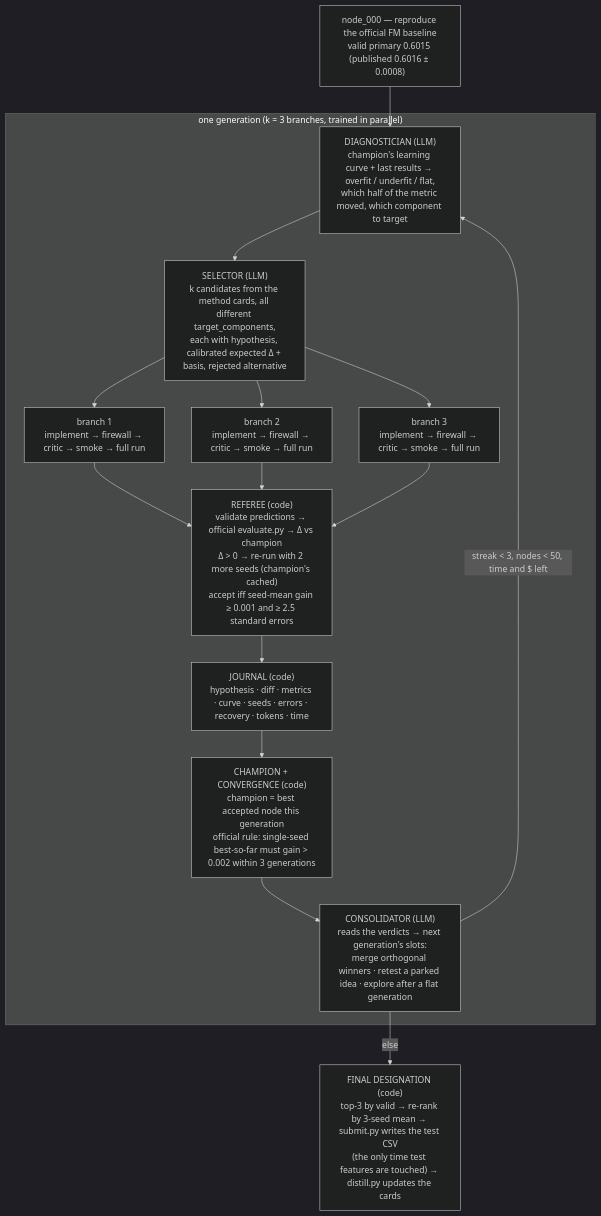
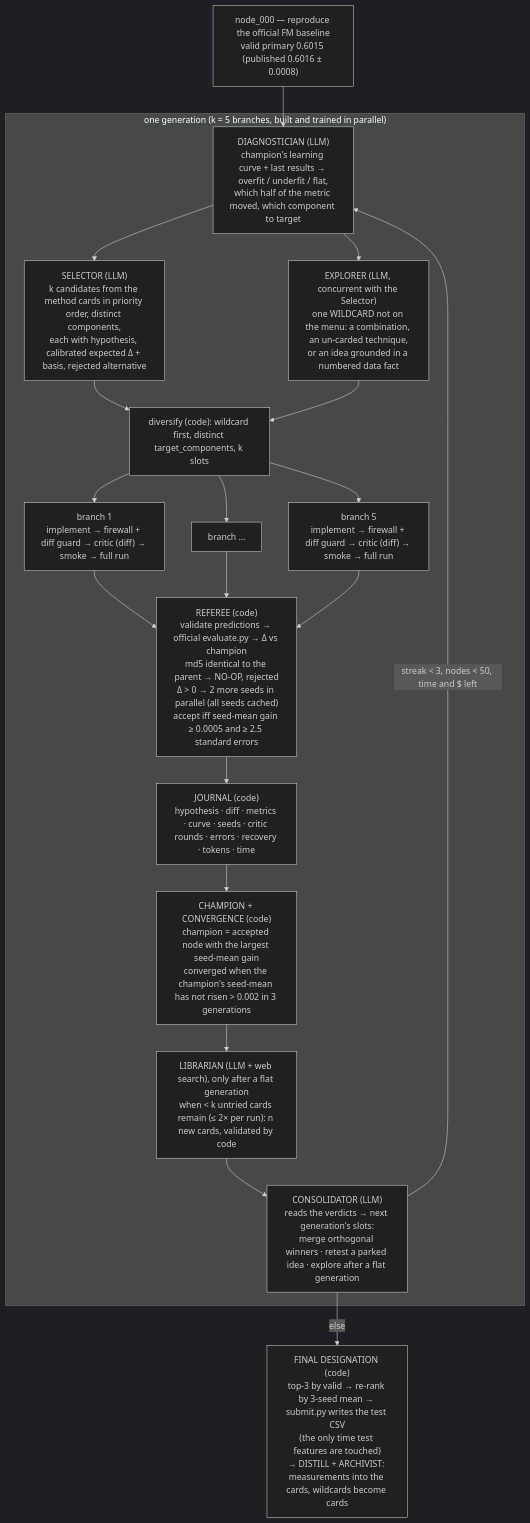
One commit to yxshrk/jitai_ml_agent changed the first of 2 diagrams in kb/ARCHITECTURE.md. Above: the diagram before and after it, drawn with Mermaid (dark theme). The commit also changed other lines of this file and 25 other files, not shown here.

Commit message:
ADR-0012/0013: convergence on the champion's seed-mean, champion by seed-mean gain, one seed cache, no-op detector, Critic judges the diff against the parent's real stack; full journal digest in a cached block, foundations note, Archivist (wildcards become cards), Librarian with web search; tests

````diff
--- a/kb/ARCHITECTURE.md
+++ b/kb/ARCHITECTURE.md
@@ -12,17 +14,21 @@
 ```mermaid
 flowchart TD
     N0["node_000 — reproduce the official FM baseline<br/>valid primary 0.6015 (published 0.6016 ± 0.0008)"] --> D
-    subgraph GEN["one generation (k = 3 branches, trained in parallel)"]
-        D["DIAGNOSTICIAN (LLM)<br/>champion's learning curve + last results → overfit / underfit / flat,<br/>which half of the metric moved, which component to target"] --> S
-        S["SELECTOR (LLM)<br/>k candidates from the method cards, all different target_components,<br/>each with hypothesis, calibrated expected Δ + basis, rejected alternative"] --> B1 & B2 & B3
-        B1["branch 1<br/>implement → firewall → critic → smoke → full run"]
-        B2["branch 2<br/>implement → firewall → critic → smoke → full run"]
-        B3["branch 3<br/>implement → firewall → critic → smoke → full run"]
-        B1 & B2 & B3 --> REF["REFEREE (code)<br/>validate predictions → official evaluate.py → Δ vs champion<br/>Δ > 0 → re-run with 2 more seeds (champion's cached)<br/>accept iff seed-mean gain ≥ 0.001 and ≥ 2.5 standard errors"]
-        REF --> J["JOURNAL (code)<br/>hypothesis · diff · metrics · curve · seeds · errors · recovery · tokens · time"]
-        J --> CH["CHAMPION + CONVERGENCE (code)<br/>champion = best accepted node this generation<br/>official rule: single-seed best-so-far must gain > 0.002 within 3 generations"]
-        CH --> CONS["CONSOLIDATOR (LLM)<br/>reads the verdicts → next generation's slots:<br/>merge orthogonal winners · retest a parked idea · explore after a flat generation"]
+    subgraph GEN["one generation (k = 5 branches, built and trained in parallel)"]
+        D["DIAGNOSTICIAN (LLM)<br/>champion's learning curve + last results → overfit / underfit / flat,<br/>which half of the metric moved, which component to target"] --> S & X
+        S["SELECTOR (LLM)<br/>k candidates from the method cards in priority order, distinct components,<br/>each with hypothesis, calibrated expected Δ + basis, rejected alternative"]
+        X["EXPLORER (LLM, concurrent with the Selector)<br/>one WILDCARD not on the menu: a combination, an un-carded technique,<br/>or an idea grounded in a numbered data fact"]
+        S & X --> DV["diversify (code): wildcard first, distinct target_components, k slots"]
+        DV --> B1 & B2 & B3
+        B1["branch 1<br/>implement → firewall + diff guard → critic (diff) → smoke → full run"]
+        B2["branch …"]
+        B3["branch 5<br/>implement → firewall + diff guard → critic (diff) → smoke → full run"]
+        B1 & B2 & B3 --> REF["REFEREE (code)<br/>validate predictions → official evaluate.py → Δ vs champion<br/>md5 identical to the parent → NO-OP, rejected<br/>Δ > 0 → 2 more seeds in parallel (all seeds cached)<br/>accept iff seed-mean gain ≥ 0.0005 and ≥ 2.5 standard errors"]
+        REF --> J["JOURNAL (code)<br/>hypothesis · diff · metrics · curve · seeds · critic rounds · errors · recovery · tokens · time"]
+        J --> CH["CHAMPION + CONVERGENCE (code)<br/>champion = accepted node with the largest seed-mean gain<br/>converged when the champion's seed-mean has not risen > 0.002 in 3 generations"]
+        CH --> LIB["LIBRARIAN (LLM + web search), only after a flat generation<br/>when < k untried cards remain (≤ 2× per run): n new cards, validated by code"]
+        LIB --> CONS["CONSOLIDATOR (LLM)<br/>reads the verdicts → next generation's slots:<br/>merge orthogonal winners · retest a parked idea · explore after a flat generation"]
     end
     CONS -->|"streak < 3, nodes < 50, time and $ left"| D
-    CONS -->|"else"| END["FINAL DESIGNATION (code)<br/>top-3 by valid → re-rank by 3-seed mean → submit.py writes the test CSV<br/>(the only time test features are touched) → distill.py updates the cards"]
+    CONS -->|"else"| END["FINAL DESIGNATION (code)<br/>top-3 by valid → re-rank by 3-seed mean → submit.py writes the test CSV<br/>(the only time test features are touched)<br/>→ DISTILL + ARCHIVIST: measurements into the cards, wildcards become cards"]
 ```
````
